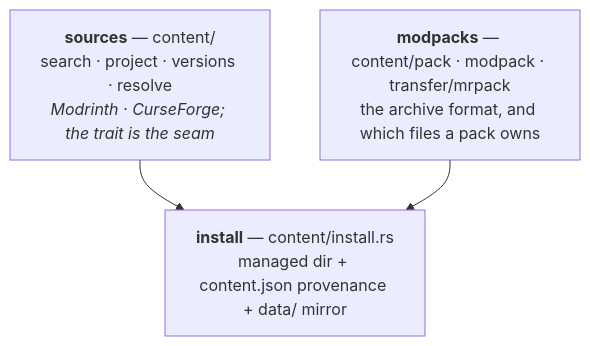
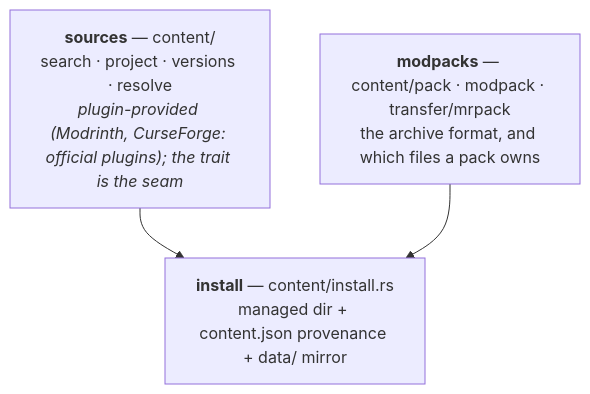
One commit to prytaneum/hestia changed the first of 3 diagrams in docs/architecture/content.md. Above: the diagram before and after it, drawn with Mermaid. The commit also changed other lines of this file and 5 other files, not shown here.

Commit message:
docs(content): sources are official plugins

````diff
--- a/docs/architecture/content.md
+++ b/docs/architecture/content.md
@@ -11,9 +11,9 @@
 ```mermaid
 flowchart TD
-    SRC["<b>sources</b> — content/<br/>search · project · versions · resolve<br/><i>Modrinth · CurseForge; the trait is the seam</i>"]
+    SRC["<b>sources</b> — content/<br/>search · project · versions · resolve<br/><i>plugin-provided (Modrinth, CurseForge: official plugins); the trait is the seam</i>"]
     INST["<b>install</b> — content/install.rs<br/>managed dir + content.json provenance + data/ mirror"]
     PACK["<b>modpacks</b> — content/pack · modpack · transfer/mrpack<br/>the archive format, and which files a pack owns"]
 
     SRC --> INST
     PACK --> INST
 ```
````
